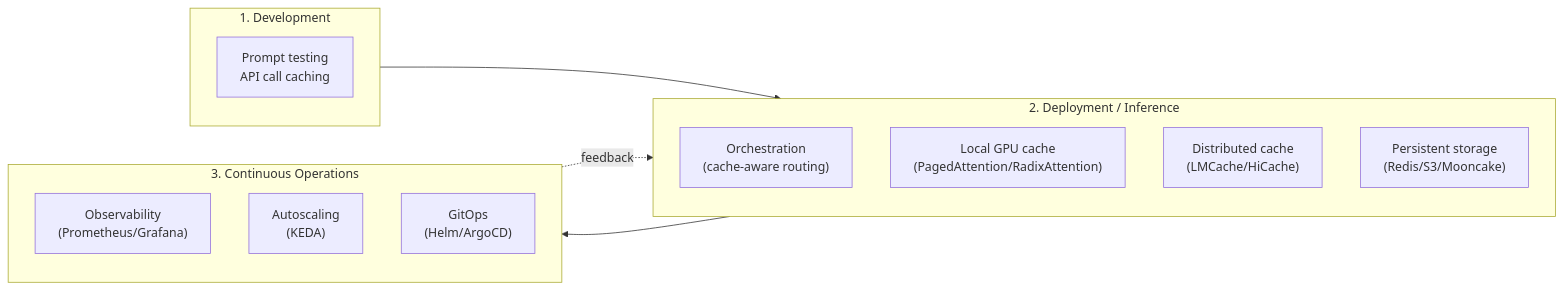
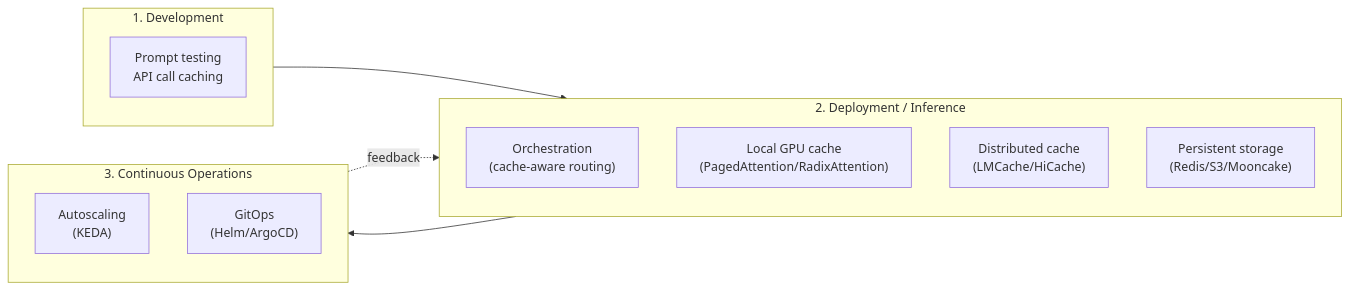
One commit to ADORSYS-GIS/Custom-Ai-Ops changed the seventh of 9 diagrams in docs/explain/vllm-kv-cache.md. Above: the diagram before and after it, drawn with Mermaid. The commit also changed other lines of this file and 111 other files, not shown here.

````diff
--- a/docs/explain/vllm-kv-cache.md
+++ b/docs/explain/vllm-kv-cache.md
@@ -406,19 +405,18 @@
 ```mermaid
 flowchart LR
     subgraph Dev["1. Development"]
         D1["Prompt testing\nAPI call caching"]
     end
     subgraph Deploy["2. Deployment / Inference"]
         D2["Orchestration\n(cache-aware routing)"]
         D3["Local GPU cache\n(PagedAttention/RadixAttention)"]
         D4["Distributed cache\n(LMCache/HiCache)"]
         D5["Persistent storage\n(Redis/S3/Mooncake)"]
     end
     subgraph Ops["3. Continuous Operations"]
-        O1["Observability\n(Prometheus/Grafana)"]
         O2["Autoscaling\n(KEDA)"]
         O3["GitOps\n(Helm/ArgoCD)"]
     end
     Dev --> Deploy --> Ops
     Ops -.feedback.-> Deploy
 ```
````
